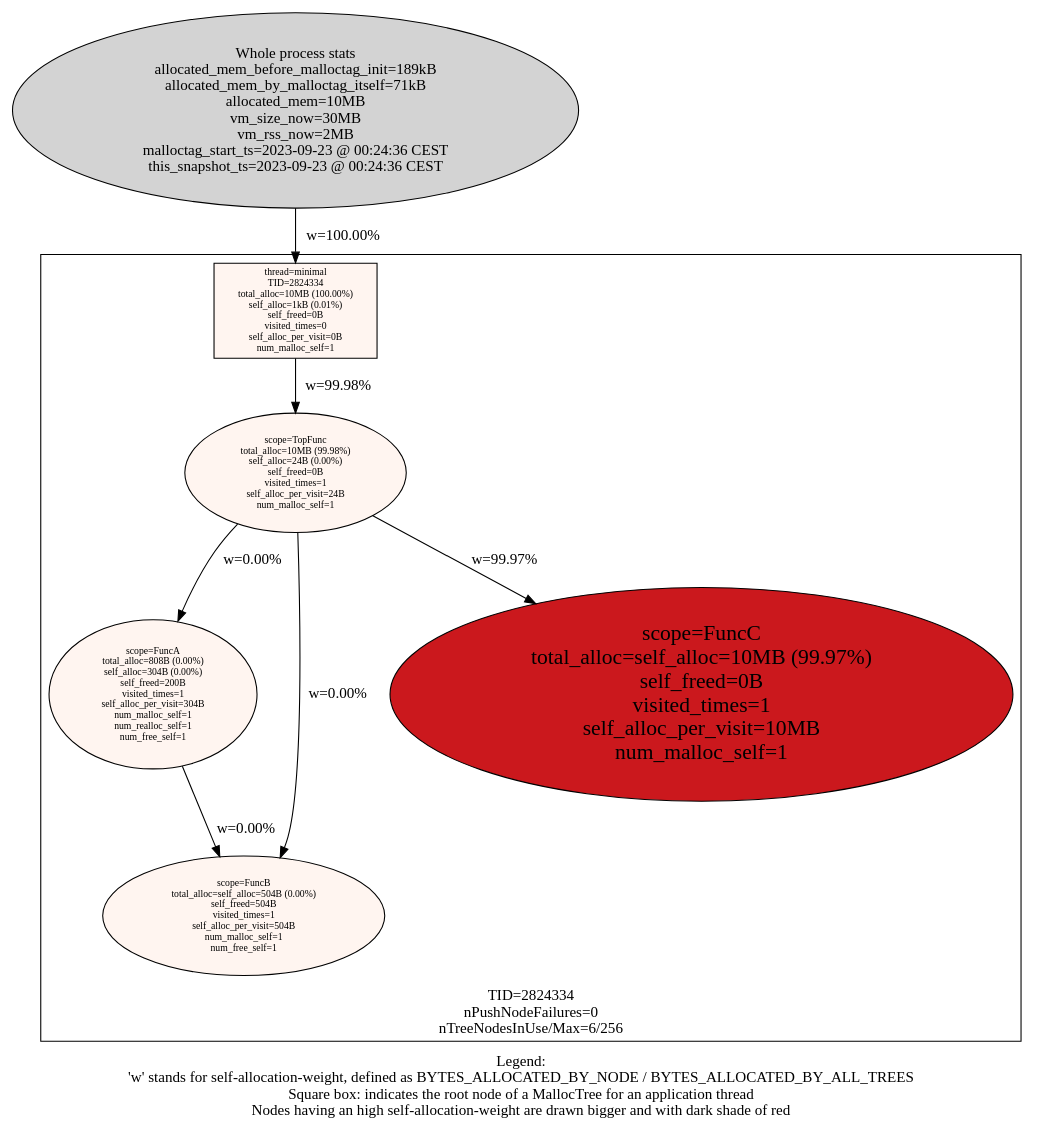
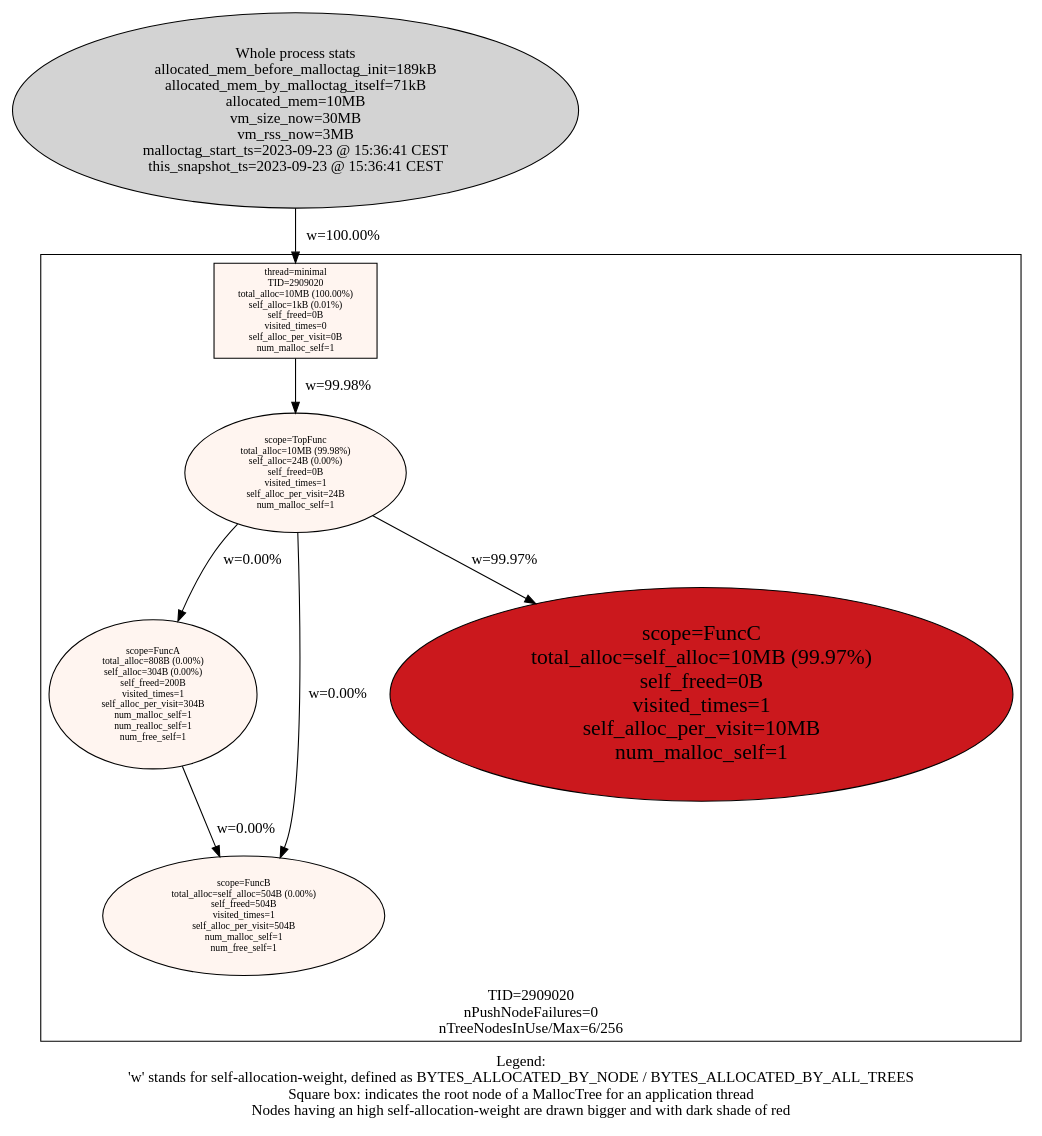
The diagram in examples/minimal/minimal_stats.dot (f18m/malloc-tag), drawn with Graphviz before and after one commit. The commit also changed 8 other files, not shown here.

```diff
--- a/examples/minimal/minimal_stats.dot
+++ b/examples/minimal/minimal_stats.dot
@@ -1,31 +1,31 @@
 digraph AllMallocTrees {
  node [colorscheme=reds9 style=filled]
-  "Process 2824334" [label="Whole process stats\nallocated_mem_before_malloctag_init=189kB\nallocated_mem_by_malloctag_itself=71kB\nallocated_mem=10MB\nvm_size_now=30MB\nvm_rss_now=2MB\nmalloctag_start_ts=2023-09-23 @ 00:24:36 CEST\nthis_snapshot_ts=2023-09-23 @ 00:24:36 CEST\n"
+  "Process 2909020" [label="Whole process stats\nallocated_mem_before_malloctag_init=189kB\nallocated_mem_by_malloctag_itself=71kB\nallocated_mem=10MB\nvm_size_now=30MB\nvm_rss_now=3MB\nmalloctag_start_ts=2023-09-23 @ 15:36:41 CEST\nthis_snapshot_ts=2023-09-23 @ 15:36:41 CEST\n"
 ]
- subgraph cluster_TID2824334 {
+ subgraph cluster_TID2909020 {
   node [colorscheme=reds9 style=filled]
   labelloc="b"
-  label="TID=2824334\nnPushNodeFailures=0\nnTreeNodesInUse/Max=6/256\n"
-  "2824334_minimal" [label="thread=minimal\nTID=2824334\ntotal_alloc=10MB (100.00%)\nself_alloc=1kB (0.01%)\nself_freed=0B\nvisited_times=0\nself_alloc_per_visit=0B\nnum_malloc_self=1\n"
+  label="TID=2909020\nnPushNodeFailures=0\nnTreeNodesInUse/Max=6/256\n"
+  "2909020_minimal" [label="thread=minimal\nTID=2909020\ntotal_alloc=10MB (100.00%)\nself_alloc=1kB (0.01%)\nself_freed=0B\nvisited_times=0\nself_alloc_per_visit=0B\nnum_malloc_self=1\n"
  shape=box fillcolor=1 fontsize=9]
-  "2824334_minimal" -> "2824334_TopFunc" [label="w=99.98%"]
-  "2824334_TopFunc" [label="scope=TopFunc\ntotal_alloc=10MB (99.98%)\nself_alloc=24B (0.00%)\nself_freed=0B\nvisited_times=1\nself_alloc_per_visit=24B\nnum_malloc_self=1\n"
+  "2909020_minimal" -> "2909020_TopFunc" [label="w=99.98%"]
+  "2909020_TopFunc" [label="scope=TopFunc\ntotal_alloc=10MB (99.98%)\nself_alloc=24B (0.00%)\nself_freed=0B\nvisited_times=1\nself_alloc_per_visit=24B\nnum_malloc_self=1\n"
  fillcolor=1 fontsize=9]
-  "2824334_TopFunc" -> "2824334_FuncA" [label="w=0.00%"]
-  "2824334_TopFunc" -> "2824334_FuncB" [label="w=0.00%"]
-  "2824334_TopFunc" -> "2824334_FuncC" [label="w=99.97%"]
-  "2824334_FuncA" [label="scope=FuncA\ntotal_alloc=808B (0.00%)\nself_alloc=304B (0.00%)\nself_freed=200B\nvisited_times=1\nself_alloc_per_visit=304B\nnum_malloc_self=1\nnum_realloc_self=1\nnum_free_self=1\n"
+  "2909020_TopFunc" -> "2909020_FuncA" [label="w=0.00%"]
+  "2909020_TopFunc" -> "2909020_FuncB" [label="w=0.00%"]
+  "2909020_TopFunc" -> "2909020_FuncC" [label="w=99.97%"]
+  "2909020_FuncA" [label="scope=FuncA\ntotal_alloc=808B (0.00%)\nself_alloc=304B (0.00%)\nself_freed=200B\nvisited_times=1\nself_alloc_per_visit=304B\nnum_malloc_self=1\nnum_realloc_self=1\nnum_free_self=1\n"
  fillcolor=1 fontsize=9]
-  "2824334_FuncA" -> "2824334_FuncB" [label="w=0.00%"]
-  "2824334_FuncB" [label="scope=FuncB\ntotal_alloc=self_alloc=504B (0.00%)\nself_freed=504B\nvisited_times=1\nself_alloc_per_visit=504B\nnum_malloc_self=1\nnum_free_self=1\n"
+  "2909020_FuncA" -> "2909020_FuncB" [label="w=0.00%"]
+  "2909020_FuncB" [label="scope=FuncB\ntotal_alloc=self_alloc=504B (0.00%)\nself_freed=504B\nvisited_times=1\nself_alloc_per_visit=504B\nnum_malloc_self=1\nnum_free_self=1\n"
  fillcolor=1 fontsize=9]
-  "2824334_FuncB" [label="scope=FuncB\ntotal_alloc=self_alloc=504B (0.00%)\nself_freed=504B\nvisited_times=1\nself_alloc_per_visit=504B\nnum_malloc_self=1\nnum_free_self=1\n"
+  "2909020_FuncB" [label="scope=FuncB\ntotal_alloc=self_alloc=504B (0.00%)\nself_freed=504B\nvisited_times=1\nself_alloc_per_visit=504B\nnum_malloc_self=1\nnum_free_self=1\n"
  fillcolor=1 fontsize=9]
-  "2824334_FuncC" [label="scope=FuncC\ntotal_alloc=self_alloc=10MB (99.97%)\nself_freed=0B\nvisited_times=1\nself_alloc_per_visit=10MB\nnum_malloc_self=1\n"
+  "2909020_FuncC" [label="scope=FuncC\ntotal_alloc=self_alloc=10MB (99.97%)\nself_freed=0B\nvisited_times=1\nself_alloc_per_visit=10MB\nnum_malloc_self=1\n"
  fillcolor=7 fontsize=20]
  }
 
-  "Process 2824334" -> "2824334_minimal" [label="w=100.00%"]
+  "Process 2909020" -> "2909020_minimal" [label="w=100.00%"]
  labelloc="b"
  label="Legend:\n'w' stands for self-allocation-weight, defined as BYTES_ALLOCATED_BY_NODE / BYTES_ALLOCATED_BY_ALL_TREES\nSquare box: indicates the root node of a MallocTree for an application thread\nNodes having an high self-allocation-weight are drawn bigger and with dark shade of red\n"
 }
```
